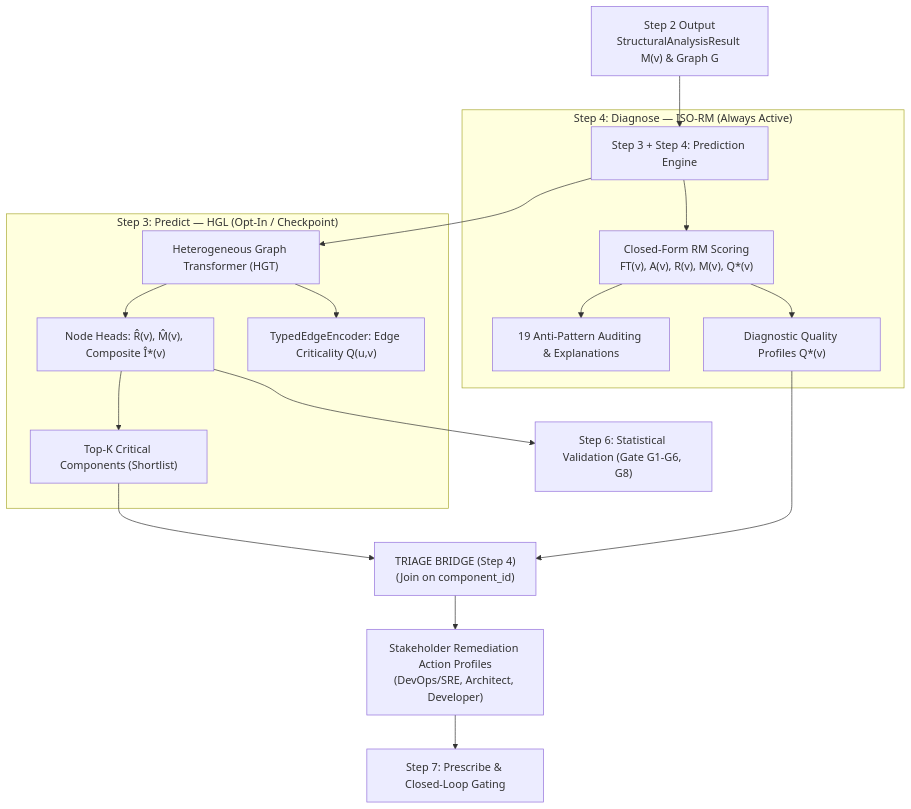
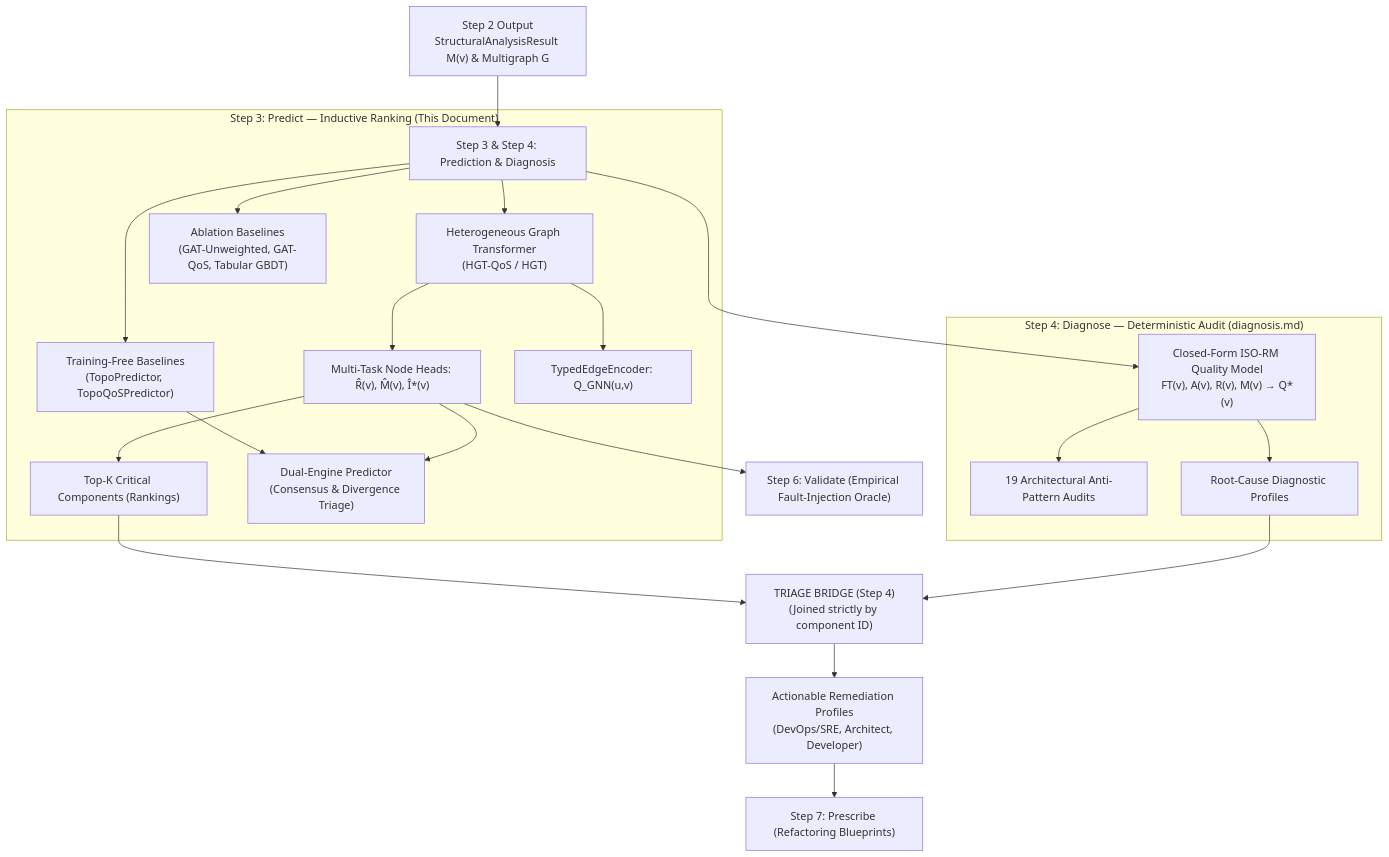
The first of 5 diagrams in docs/prediction.md (onuralpyigit/software-as-a-graph), drawn with Mermaid before and after one commit. The commit also changed other lines of this file and 16 other files, not shown here.

````diff
--- a/docs/prediction.md
+++ b/docs/prediction.md
@@ -41,23 +55,27 @@
 ```mermaid
 flowchart TD
-    M["Step 2 Output<br>StructuralAnalysisResult M(v) & Graph G"] --> PE["Step 3 + Step 4: Prediction Engine"]
+    M["Step 2 Output<br>StructuralAnalysisResult M(v) & Multigraph G"] --> PE["Step 3 & Step 4: Prediction & Diagnosis"]
 
-    subgraph PathRM["Step 4: Diagnose — ISO-RM (Always Active)"]
-        PE --> RM["Closed-Form RM Scoring<br>FT(v), A(v), R(v), M(v), Q*(v)"]
-        RM --> AP["19 Anti-Pattern Auditing & Explanations"]
-        RM --> OUT_RM["Diagnostic Quality Profiles Q*(v)"]
+    subgraph PathB["Step 3: Predict — Inductive Ranking (This Document)"]
+        PE --> HGT["Heterogeneous Graph Transformer<br>(HGT-QoS / HGT)"]
+        PE --> BASE["Ablation Baselines<br>(GAT-Unweighted, GAT-QoS, Tabular GBDT)"]
+        PE --> TOPO["Training-Free Baselines<br>(TopoPredictor, TopoQoSPredictor)"]
+        HGT --> NH["Multi-Task Node Heads: R̂(v), M̂(v), Î*(v)"]
+        HGT --> EH["TypedEdgeEncoder: Q_GNN(u,v)"]
+        NH --> TOPK["Top-K Critical Components (Rankings)"]
+        TOPO --> DUAL["Dual-Engine Predictor<br>(Consensus & Divergence Triage)"]
+        NH --> DUAL
     end
 
-    subgraph PathGNN["Step 3: Predict — HGL (Opt-In / Checkpoint)"]
-        PE --> HGT["Heterogeneous Graph Transformer (HGT)"]
-        HGT --> NH["Node Heads: R̂(v), M̂(v), Composite Î*(v)"]
-        HGT --> EH["TypedEdgeEncoder: Edge Criticality Q(u,v)"]
-        NH --> TOPK["Top-K Critical Components (Shortlist)"]
+    subgraph PathA["Step 4: Diagnose — Deterministic Audit (diagnosis.md)"]
+        PE --> RM["Closed-Form ISO-RM Quality Model<br>FT(v), A(v), R(v), M(v) → Q*(v)"]
+        RM --> AP["19 Architectural Anti-Pattern Audits"]
+        RM --> OUT_RM["Root-Cause Diagnostic Profiles"]
     end
 
-    TOPK --> TB["TRIAGE BRIDGE (Step 4)<br>(Join on component_id)"]
+    TOPK --> TB["TRIAGE BRIDGE (Step 4)<br>(Joined strictly by component ID)"]
     OUT_RM --> TB
-    TB --> SO["Stakeholder Remediation Action Profiles<br>(DevOps/SRE, Architect, Developer)"]
-    SO --> PRESCRIBE["Step 7: Prescribe & Closed-Loop Gating"]
-    NH --> VALIDATE["Step 6: Statistical Validation (Gate G1-G6, G8)"]
+    TB --> SO["Actionable Remediation Profiles<br>(DevOps/SRE, Architect, Developer)"]
+    SO --> PRESCRIBE["Step 7: Prescribe (Refactoring Blueprints)"]
+    NH --> VALIDATE["Step 6: Validate (Empirical Fault-Injection Oracle)"]
 ```
````
